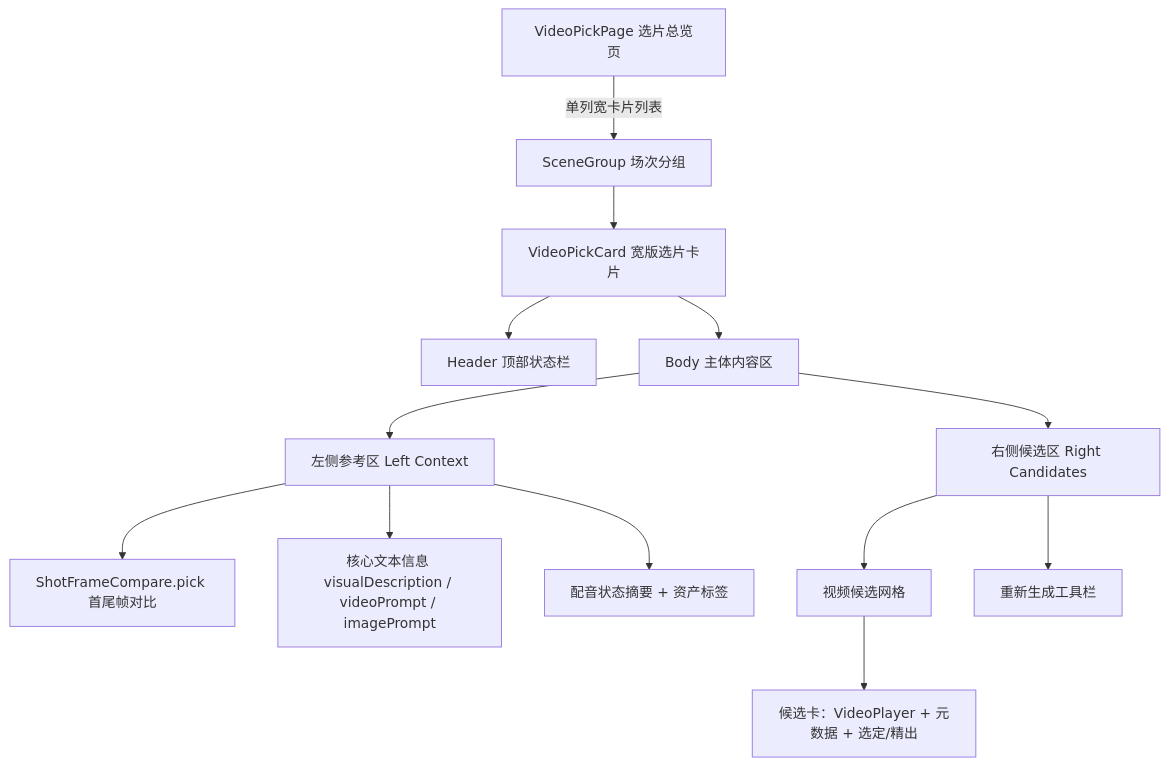
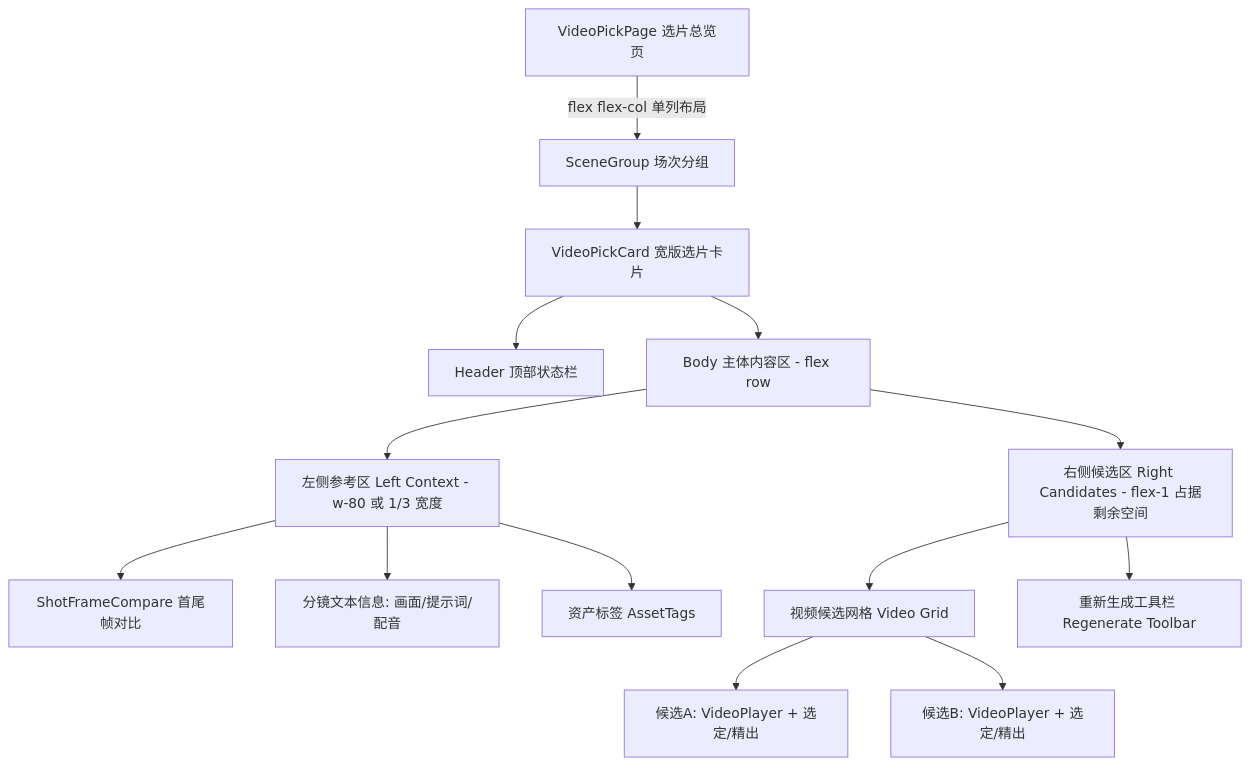
One commit to astroleno/fv_autovidu changed the diagram in docs/候选页改版设计/候选页改版设计.md. Above: the diagram before and after it, drawn with Mermaid. The commit also changed other lines of this file and 1 other file, not shown here.

Commit message:
docs: split video pick redesign plans

````diff
--- a/docs/候选页改版设计/候选页改版设计.md
+++ b/docs/候选页改版设计/候选页改版设计.md
@@ -240,19 +36,20 @@
 ```mermaid
 graph TD
-    A["VideoPickPage 选片总览页"] -->|单列宽卡片列表| B["SceneGroup 场次分组"]
-    B --> C["VideoPickCard 宽版选片卡片"]
-
-    C --> D["Header 顶部状态栏"]
-    C --> E["Body 主体内容区"]
-
-    E --> F["左侧参考区 Left Context"]
-    E --> G["右侧候选区 Right Candidates"]
-
-    F --> F1["ShotFrameCompare.pick 首尾帧对比"]
-    F --> F2["核心文本信息 visualDescription / videoPrompt / imagePrompt"]
-    F --> F3["配音状态摘要 + 资产标签"]
-
-    G --> G1["视频候选网格"]
-    G1 --> G1A["候选卡：VideoPlayer + 元数据 + 选定/精出"]
-    G --> G2["重新生成工具栏"]
+    A[VideoPickPage 选片总览页] -->|flex flex-col 单列布局| B[SceneGroup 场次分组]
+    B --> C[VideoPickCard 宽版选片卡片]
+    
+    C --> D[Header 顶部状态栏]
+    C --> E[Body 主体内容区 - flex row]
+    
+    E --> F[左侧参考区 Left Context - w-80 或 1/3 宽度]
+    E --> G[右侧候选区 Right Candidates - flex-1 占据剩余空间]
+    
+    F --> F1[ShotFrameCompare 首尾帧对比]
+    F --> F2[分镜文本信息: 画面/提示词/配音]
+    F --> F3[资产标签 AssetTags]
+    
+    G --> G1[视频候选网格 Video Grid]
+    G1 --> G1A[候选A: VideoPlayer + 选定/精出]
+    G1 --> G1B[候选B: VideoPlayer + 选定/精出]
+    G --> G2[重新生成工具栏 Regenerate Toolbar]
 ```
````
